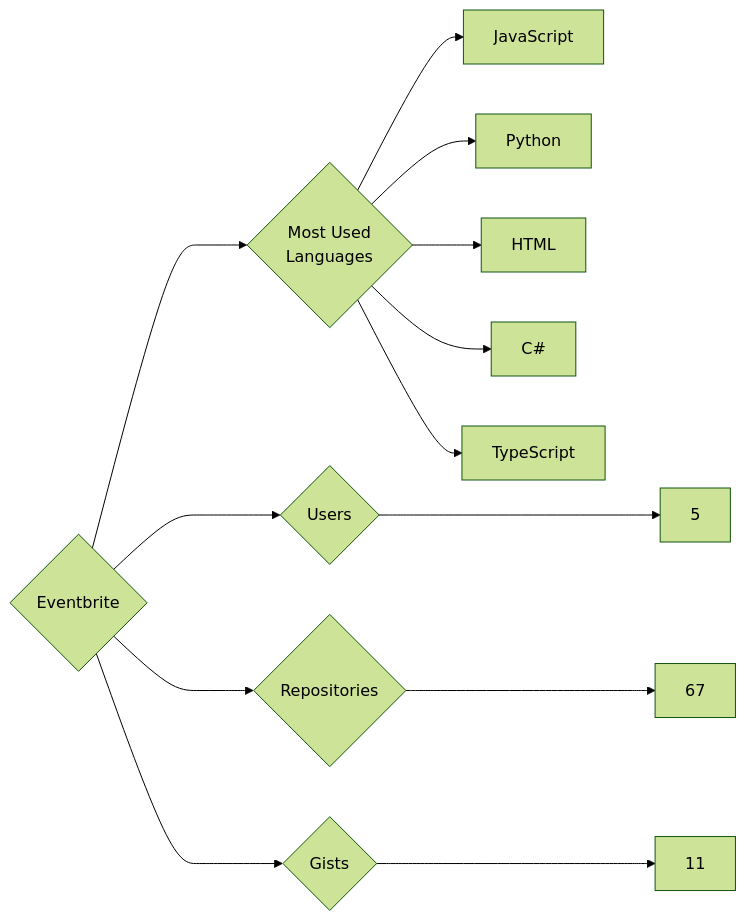
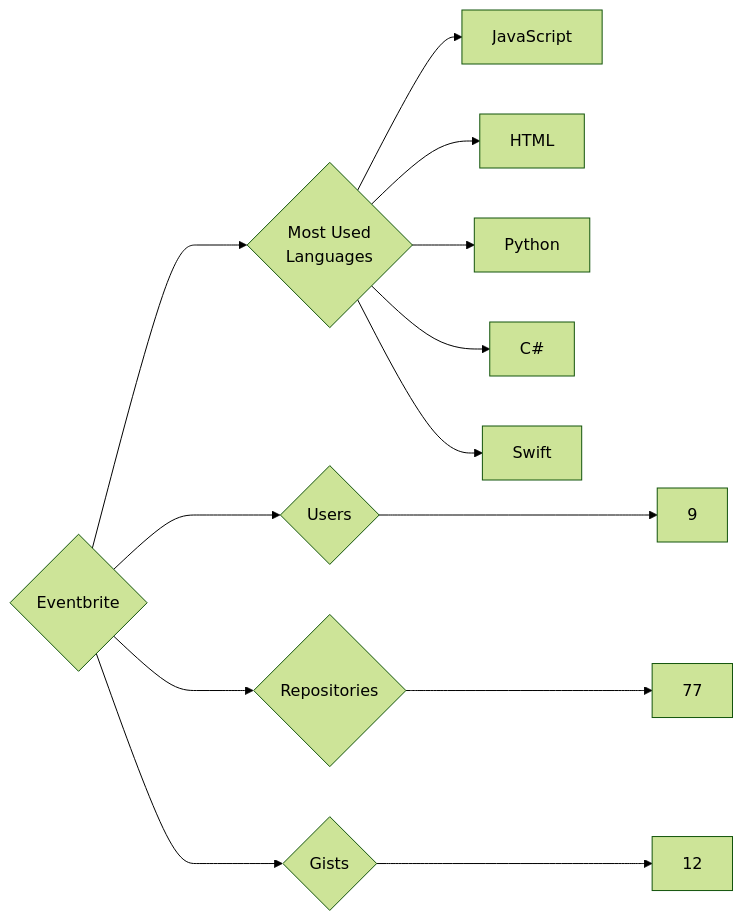
Before and after one commit to trickest/insiders: the diagram in targets/Eventbrite/README.md, drawn with Mermaid (forest theme). The commit also changed 1084 other files, not shown here.

````diff
--- a/targets/Eventbrite/README.md
+++ b/targets/Eventbrite/README.md
@@ -3,13 +3,13 @@
 ```mermaid
 graph LR
 COMPANY_NAME{Eventbrite}
-COMPANY_NAME ---> U{Users} ---> UN[5]
-COMPANY_NAME ---> R{Repositories} ---> RN[67]
-COMPANY_NAME ---> G{Gists} ---> GN[11]
+COMPANY_NAME ---> U{Users} ---> UN[9]
+COMPANY_NAME ---> R{Repositories} ---> RN[77]
+COMPANY_NAME ---> G{Gists} ---> GN[12]
 COMPANY_NAME ---> ML{Most Used<br>Languages}
 ML --> JavaScript[JavaScript]
+ML --> HTML[HTML]
 ML --> Python[Python]
-ML --> HTML[HTML]
 ML --> C#[C#]
-ML --> TypeScript[TypeScript]
+ML --> Swift[Swift]
 ```
````
